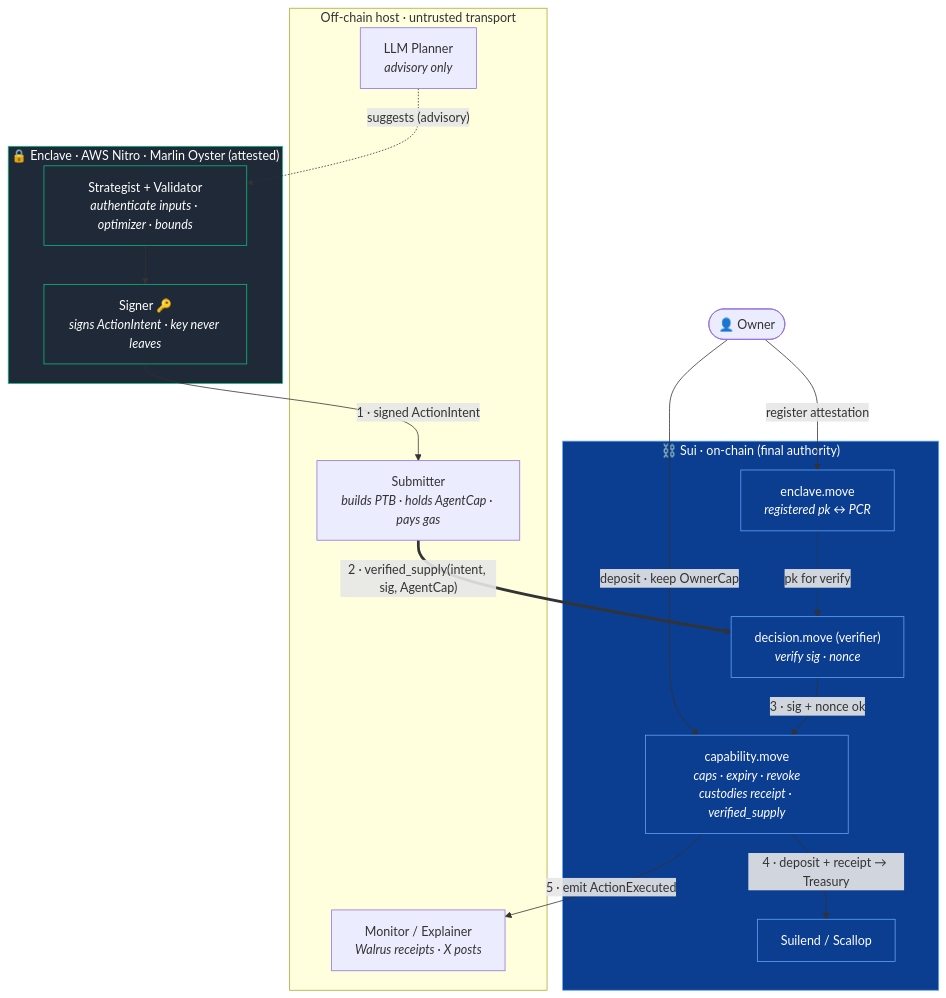
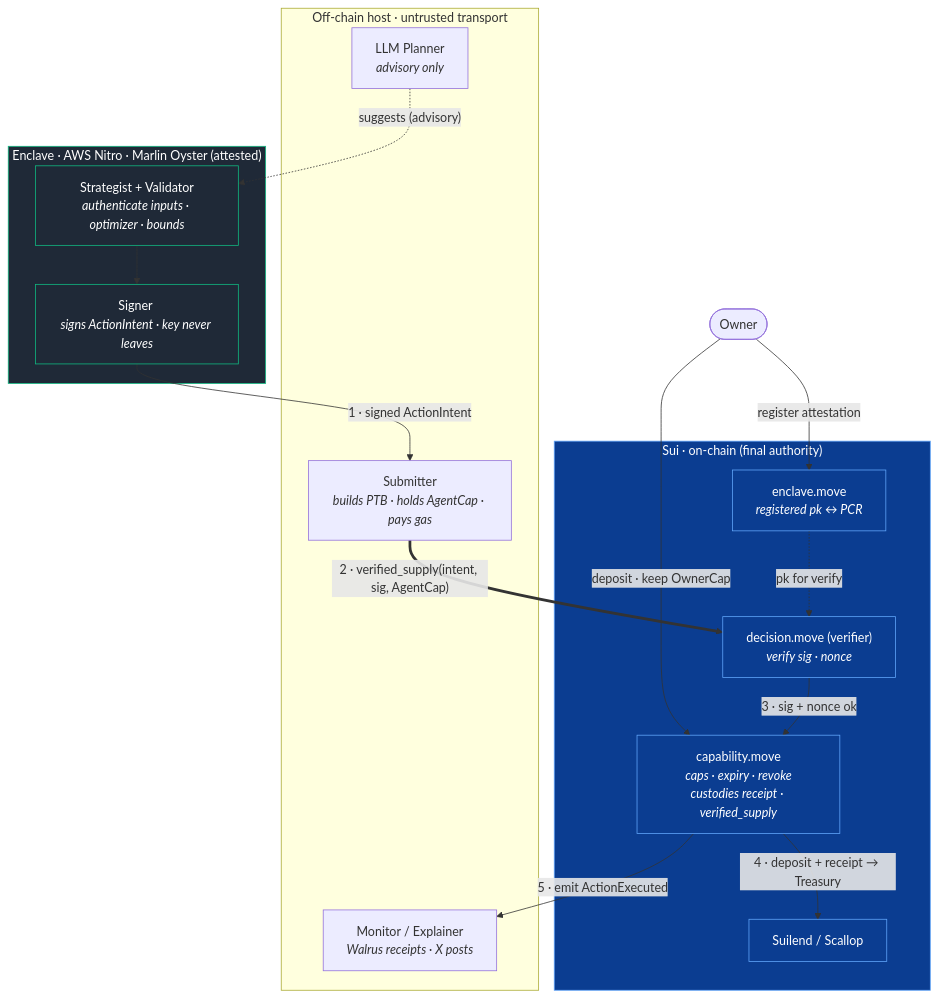
Before and after one commit to speedxgul/looping-agent: the third of 9 diagrams in docs/treasury-agent-design.md, drawn with Mermaid. The commit also changed other lines of this file and 13 other files, not shown here.

````diff
--- a/docs/treasury-agent-design.md
+++ b/docs/treasury-agent-design.md
@@ -234,39 +245,39 @@
 ```mermaid
 flowchart TB
-    Owner(["👤 Owner"])
+    Owner(["Owner"])
 
     subgraph OFF["Off-chain host · untrusted transport"]
         LLM["LLM Planner<br/><i>advisory only</i>"]
         Sub["Submitter<br/><i>builds PTB · holds AgentCap · pays gas</i>"]
         Monitor["Monitor / Explainer<br/><i>Walrus receipts · X posts</i>"]
     end
 
-    subgraph TEE["🔒 Enclave · AWS Nitro · Marlin Oyster (attested)"]
+    subgraph TEE["Enclave · AWS Nitro · Marlin Oyster (attested)"]
         Strat["Strategist + Validator<br/><i>authenticate inputs · optimizer · bounds</i>"]
-        Signer["Signer 🔑<br/><i>signs ActionIntent · key never leaves</i>"]
+        Signer["Signer <br/><i>signs ActionIntent · key never leaves</i>"]
         Strat --> Signer
     end
 
-    subgraph CHAIN["⛓️ Sui · on-chain (final authority)"]
+    subgraph CHAIN["Sui · on-chain (final authority)"]
         EncReg["enclave.move<br/><i>registered pk ↔ PCR</i>"]
         Dec["decision.move (verifier)<br/><i>verify sig · nonce</i>"]
         Cap["capability.move<br/><i>caps · expiry · revoke<br/>custodies receipt · verified_supply</i>"]
         Pool["Suilend / Scallop"]
     end
 
     Owner -- "deposit · keep OwnerCap" --> Cap
     Owner -- "register attestation" --> EncReg
 
     LLM -. "suggests (advisory)" .-> Strat
     Signer -- "1 · signed ActionIntent" --> Sub
     Sub == "2 · verified_supply(intent, sig, AgentCap)" ==> Dec
     EncReg -. "pk for verify" .-> Dec
     Dec -- "3 · sig + nonce ok" --> Cap
     Cap -- "4 · deposit + receipt → Treasury" --> Pool
     Cap -- "5 · emit ActionExecuted" --> Monitor
 
     classDef tee fill:#1f2937,stroke:#10b981,color:#fff;
     classDef chain fill:#0b3d91,stroke:#60a5fa,color:#fff;
     class TEE,Strat,Signer tee;
     class CHAIN,EncReg,Dec,Cap,Pool chain;
 ```
````
